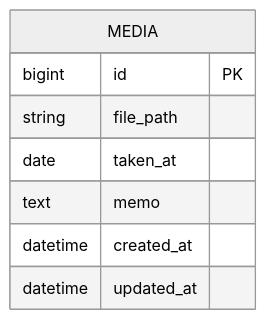
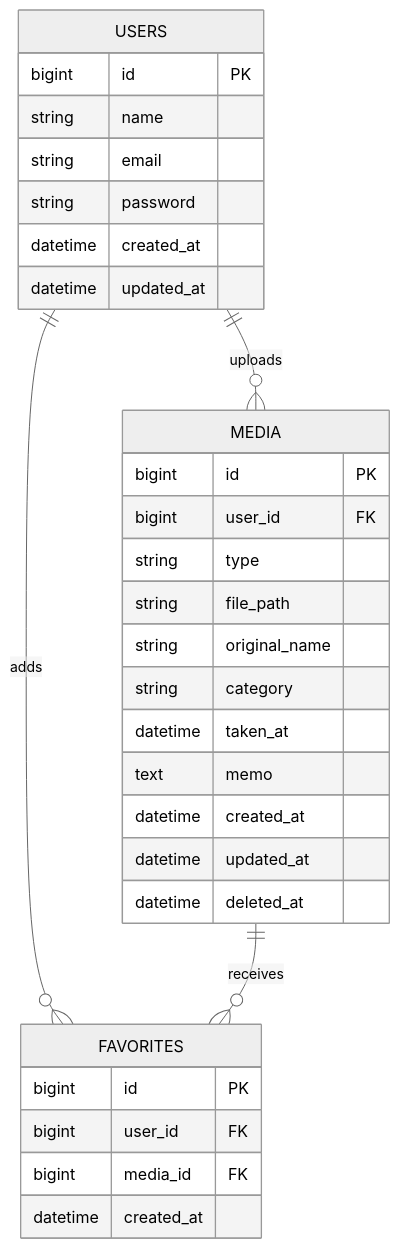
Before and after one commit to nasu-masa/Animal-Album-App: the second of 2 diagrams in README.md, drawn with Mermaid (neutral theme). The commit also changed other lines of this file and 2 other files, not shown here.

````diff
--- a/README.md
+++ b/README.md
@@ -145,11 +227,36 @@
 ```mermaid
 erDiagram
+    USERS ||--o{ MEDIA : uploads
+    USERS ||--o{ FAVORITES : adds
+    MEDIA ||--o{ FAVORITES : receives
+
+    USERS {
+        bigint id PK
+        string name
+        string email
+        string password
+        datetime created_at
+        datetime updated_at
+    }
+
     MEDIA {
         bigint id PK
+        bigint user_id FK
+        string type
         string file_path
-        date taken_at
+        string original_name
+        string category
+        datetime taken_at
         text memo
         datetime created_at
         datetime updated_at
+        datetime deleted_at
+    }
+
+    FAVORITES {
+        bigint id PK
+        bigint user_id FK
+        bigint media_id FK
+        datetime created_at
     }
 ```
````
